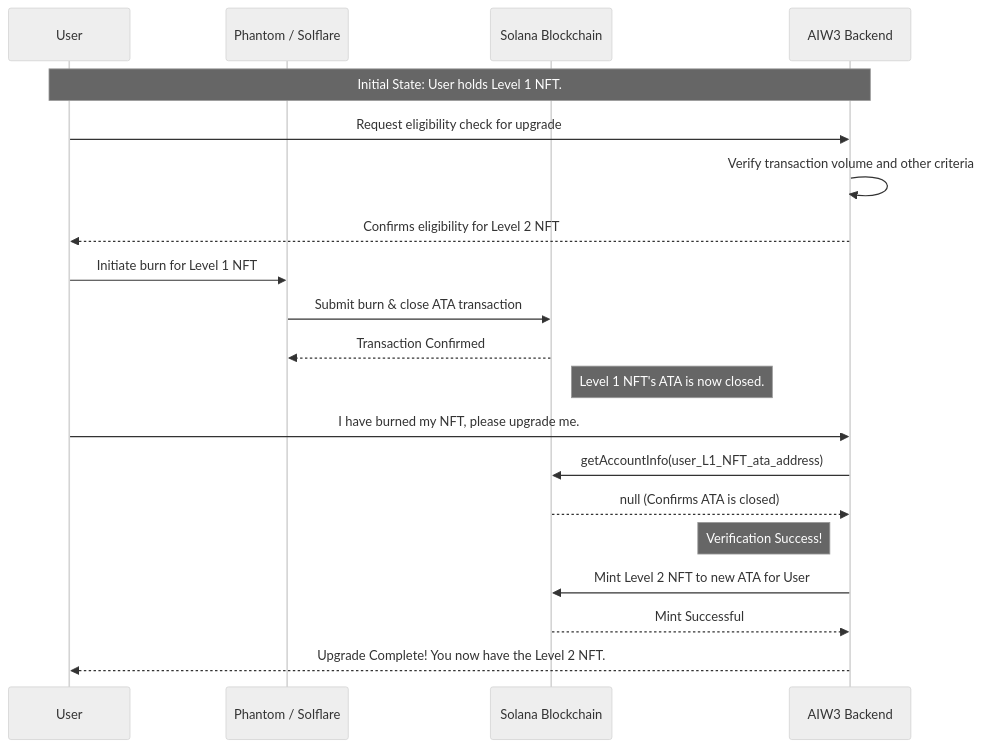
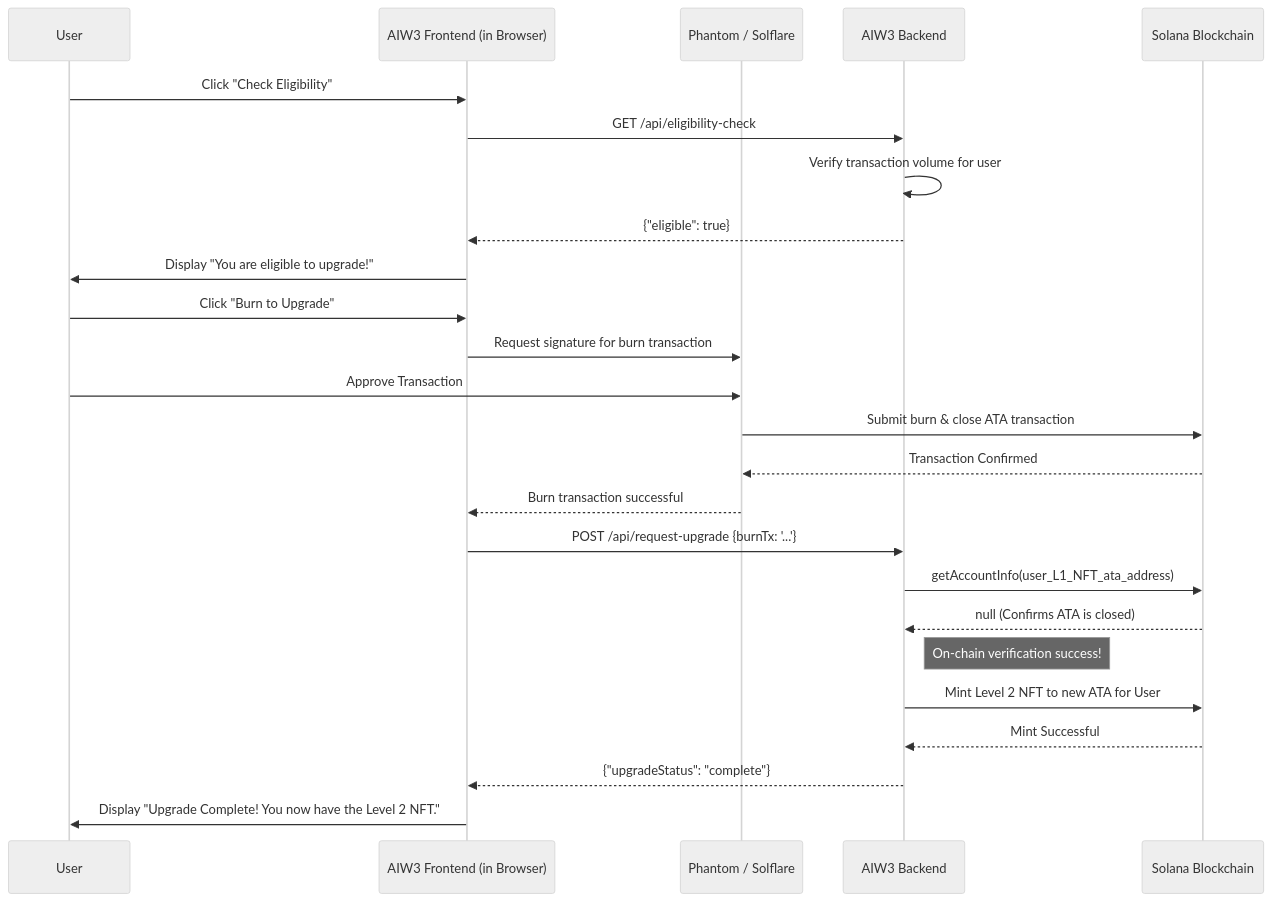
One commit to ljg-cqu/aiw3-nft-solana changed the diagram in docs/Evaluation of Approaches for Disabling Solana NFTs.md. Above: the diagram before and after it, drawn with Mermaid (neutral theme). The commit also changed other lines of this file, not shown here.

Commit message:
docs: Add Frontend to sequence diagram and clarify flow

````diff
--- a/docs/Evaluation of Approaches for Disabling Solana NFTs.md
+++ b/docs/Evaluation of Approaches for Disabling Solana NFTs.md
@@ -236,31 +237,36 @@
 ```mermaid
 sequenceDiagram
     participant User
+    participant Frontend as AIW3 Frontend (in Browser)
     participant Wallet as Phantom / Solflare
+    participant AIW3 as AIW3 Backend
     participant Solana as Solana Blockchain
-    participant AIW3 as AIW3 Backend
 
-    %% Step 1: User requests an upgrade and AIW3 checks eligibility
-    Note over User, AIW3: Initial State: User holds Level 1 NFT.
-    User->>AIW3: Request eligibility check for upgrade
-    AIW3->>AIW3: Verify transaction volume and other criteria
-    AIW3-->>User: Confirms eligibility for Level 2 NFT
+    %% Step 1: User requests an upgrade via the Frontend
+    User->>Frontend: Click "Check Eligibility"
+    Frontend->>AIW3: GET /api/eligibility-check
+    AIW3->>AIW3: Verify transaction volume for user
+    AIW3-->>Frontend: {"eligible": true}
+    Frontend->>User: Display "You are eligible to upgrade!"
 
-    %% Step 2: User Burns the old NFT via their wallet
-    User->>Wallet: Initiate burn for Level 1 NFT
+    %% Step 2: User initiates the burn through the Frontend & Wallet
+    User->>Frontend: Click "Burn to Upgrade"
+    Frontend->>Wallet: Request signature for burn transaction
+    User->>Wallet: Approve Transaction
     Wallet->>Solana: Submit burn & close ATA transaction
     Solana-->>Wallet: Transaction Confirmed
-    note right of Solana: Level 1 NFT's ATA is now closed.
+    Wallet-->>Frontend: Burn transaction successful
 
-    %% Step 3: AIW3 Verifies the Burn on-chain
-    User->>AIW3: I have burned my NFT, please upgrade me.
+    %% Step 3: Frontend notifies Backend, which Verifies the Burn on-chain
+    Frontend->>AIW3: POST /api/request-upgrade {burnTx: '...'}
     AIW3->>Solana: getAccountInfo(user_L1_NFT_ata_address)
     Solana-->>AIW3: null (Confirms ATA is closed)
-    note left of AIW3: Verification Success!
+    note right of AIW3: On-chain verification success!
 
     %% Step 4: AIW3 Mints the New NFT
     AIW3->>Solana: Mint Level 2 NFT to new ATA for User
     Solana-->>AIW3: Mint Successful
-    AIW3-->>User: Upgrade Complete! You now have the Level 2 NFT.
+    AIW3-->>Frontend: {"upgradeStatus": "complete"}
+    Frontend->>User: Display "Upgrade Complete! You now have the Level 2 NFT."
 
 ```
````
